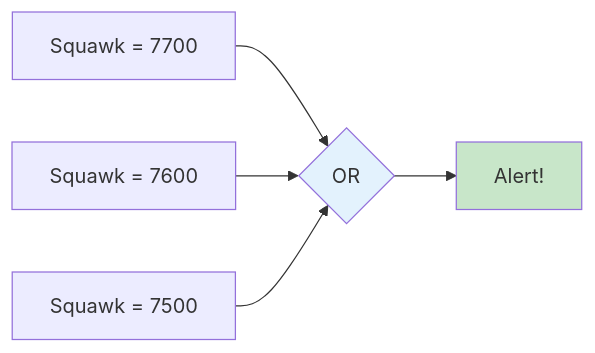
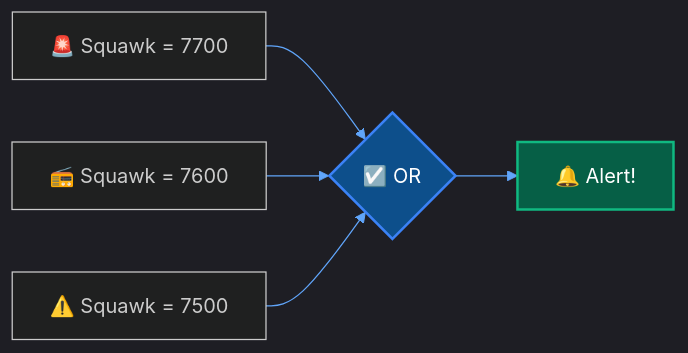
The fifth of 7 diagrams in docs/Getting Started/safety-and-alerts.md (CHA0S-CORP/SkySpyDocs), drawn with Mermaid before and after one commit. The commit also changed other lines of this file and 11 other files, not shown here.

````diff
--- a/docs/Getting Started/safety-and-alerts.md
+++ b/docs/Getting Started/safety-and-alerts.md
@@ -285,10 +289,11 @@
     ```mermaid
+    %%{init: {'theme': 'dark', 'themeVariables': { 'primaryColor': '#1e3a5f', 'primaryTextColor': '#fff', 'primaryBorderColor': '#3b82f6', 'lineColor': '#60a5fa'}}}%%
     flowchart LR
-        S1[Squawk = 7700] --> OR{OR}
-        S2[Squawk = 7600] --> OR
-        S3[Squawk = 7500] --> OR
-        OR --> ALERT[Alert!]
+        S1["🚨 Squawk = 7700"] --> OR{"☑️ OR"}
+        S2["📻 Squawk = 7600"] --> OR
+        S3["⚠️ Squawk = 7500"] --> OR
+        OR --> ALERT["🔔 Alert!"]
 
-        style OR fill:#e3f2fd
-        style ALERT fill:#c8e6c9
+        style OR fill:#0d4f8b,stroke:#3b82f6,stroke-width:2px,color:#fff
+        style ALERT fill:#065f46,stroke:#10b981,stroke-width:2px,color:#fff
     ```
````
